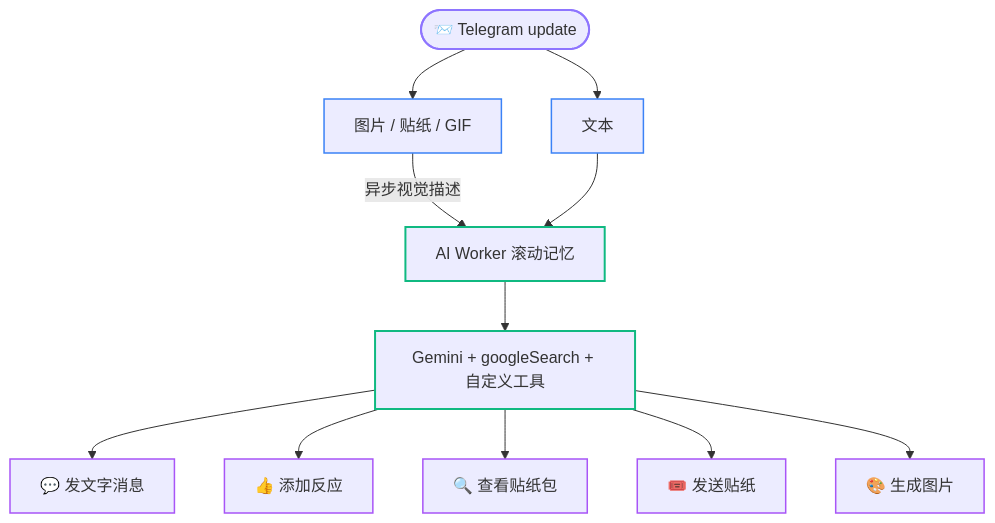
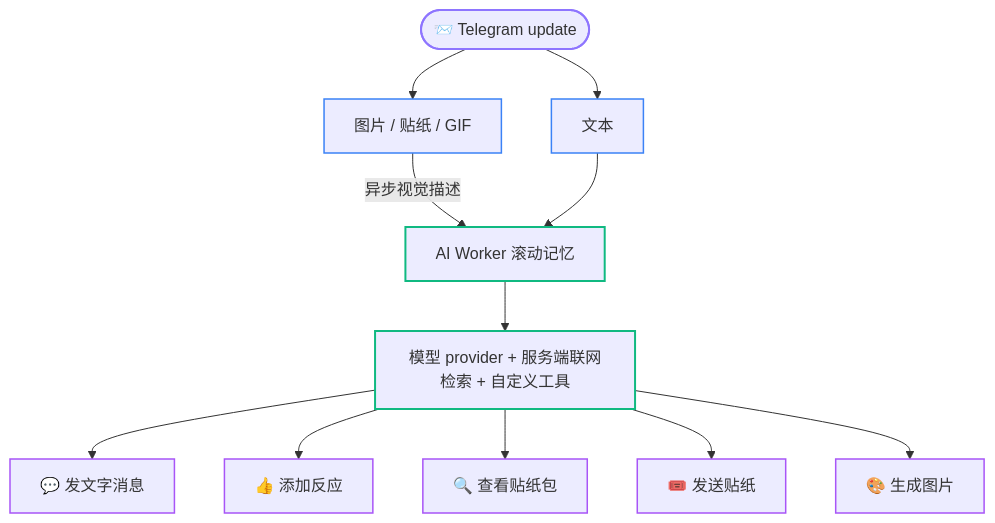
One commit to Asashishi/copy_ninjia changed the second of 2 diagrams in docs/02-architecture.md. Above: the diagram before and after it, drawn with Mermaid. The commit also changed other lines of this file and 193 other files, not shown here.

````diff
--- a/docs/02-architecture.md
+++ b/docs/02-architecture.md
@@ -65,19 +65,19 @@
 ```mermaid
 flowchart TD
     classDef input stroke:#8e75ff,stroke-width:2px;
     classDef process stroke:#3b82f6,stroke-width:1.5px;
     classDef ai stroke:#10b981,stroke-width:2px;
     classDef action stroke:#a855f7,stroke-width:1.5px;
 
     U(["📨 Telegram update"]):::input --> TXT["文本"]:::process
     U --> MED["图片 / 贴纸 / GIF"]:::process
     MED -- 异步视觉描述 --> MEM["AI Worker 滚动记忆"]:::ai
     TXT --> MEM
-    MEM --> G["Gemini + googleSearch + 自定义工具"]:::ai
+    MEM --> G["模型 provider + 服务端联网检索 + 自定义工具"]:::ai
     
     G --> A1["💬 发文字消息"]:::action
     G --> A2["👍 添加反应"]:::action
     G --> A3["🔍 查看贴纸包"]:::action
     G --> A4["🎟️ 发送贴纸"]:::action
     G --> A5["🎨 生成图片"]:::action
 ```
````
